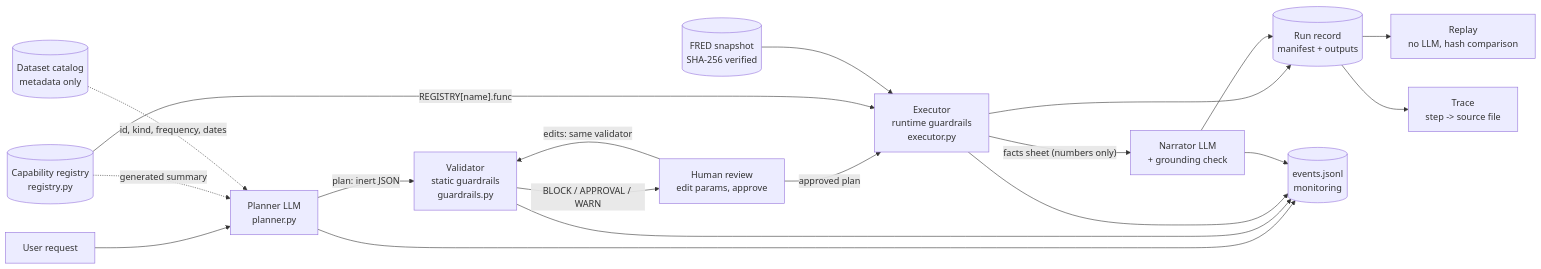
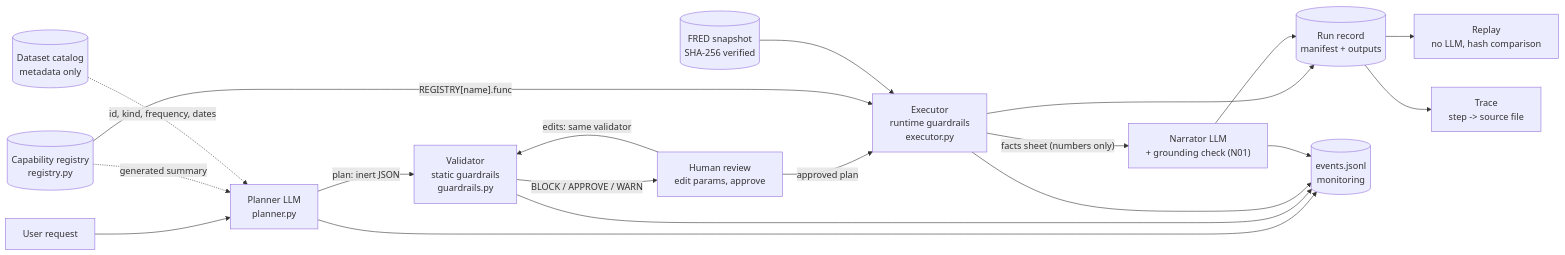
The diagram in README.md (luigifilippochiara/QuantLab), drawn with Mermaid before and after one commit. The commit also changed other lines of this file and 40 other files, not shown here.

````diff
--- a/README.md
+++ b/README.md
@@ -255,18 +255,18 @@
 ```mermaid
 flowchart LR
     U[User request] --> P["Planner LLM<br/>planner.py"]
     R[("Capability registry<br/>registry.py")] -. generated summary .-> P
     C[("Dataset catalog<br/>metadata only")] -. id, kind, frequency, dates .-> P
     P -->|"plan: inert JSON"| V["Validator<br/>static guardrails<br/>guardrails.py"]
-    V -->|"BLOCK / APPROVAL / WARN"| H["Human review<br/>edit params, approve"]
+    V -->|"BLOCK / APPROVE / WARN"| H["Human review<br/>edit params, approve"]
     H -->|"edits: same validator"| V
     H -->|approved plan| E["Executor<br/>runtime guardrails<br/>executor.py"]
     R -->|"REGISTRY[name].func"| E
     D[("FRED snapshot<br/>SHA-256 verified")] --> E
-    E -->|"facts sheet (numbers only)"| N["Narrator LLM<br/>+ grounding check"]
+    E -->|"facts sheet (numbers only)"| N["Narrator LLM<br/>+ grounding check (N01)"]
     E --> L[("Run record<br/>manifest + outputs")]
     N --> L
     L --> RP["Replay<br/>no LLM, hash comparison"]
     L --> T["Trace<br/>step -> source file"]
     P & V & E & N --> M[("events.jsonl<br/>monitoring")]
 ```
````
